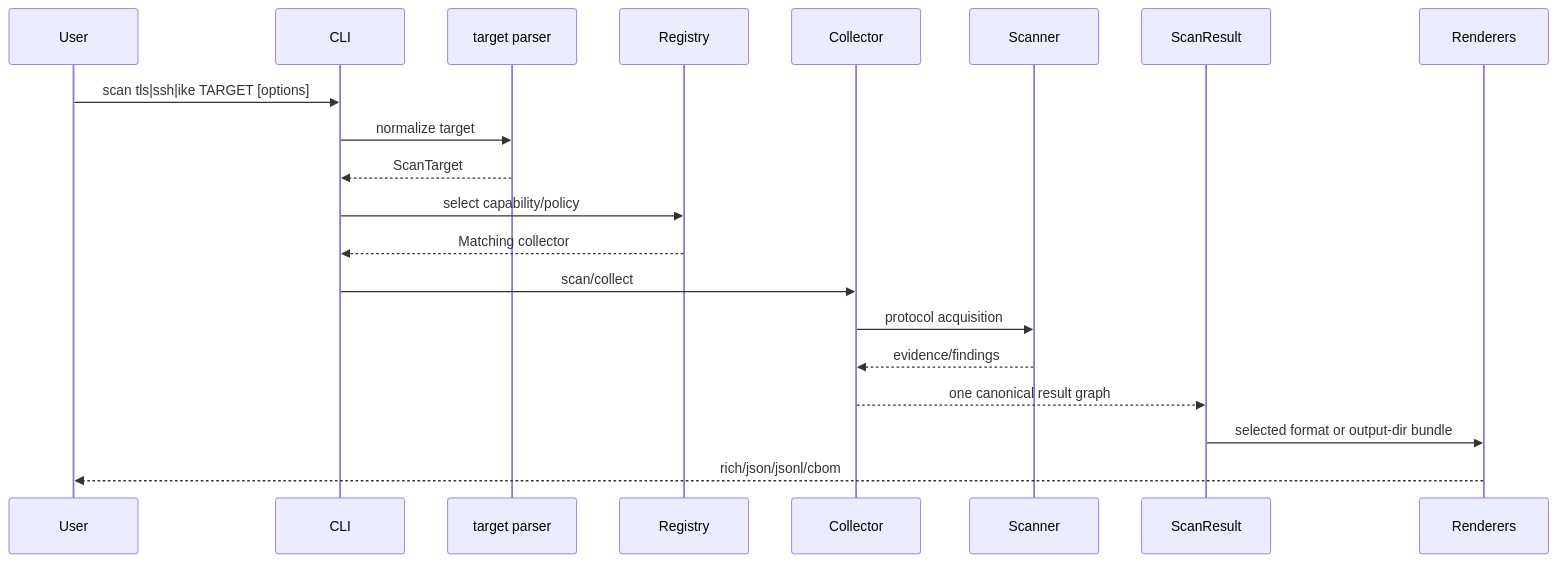
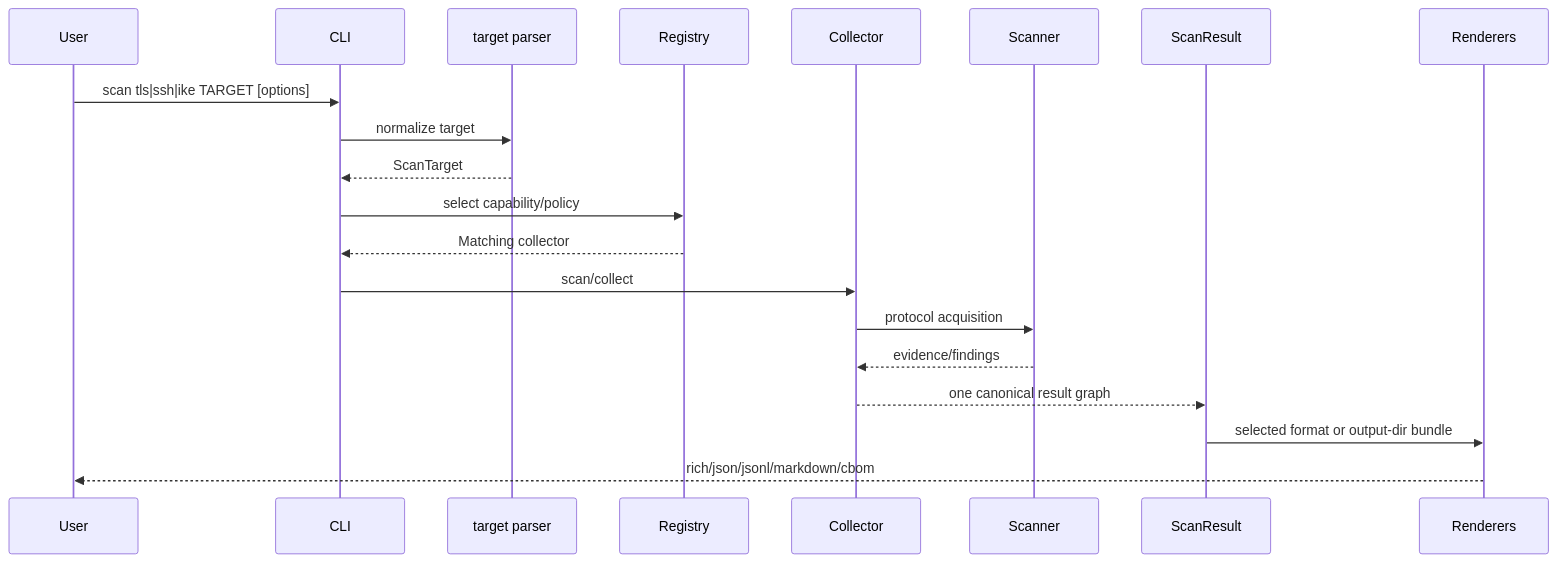
Before and after one commit to BreachSAFE/qureddy: the second of 5 diagrams in docs/contributors/application-deep-dive.md, drawn with Mermaid. The commit also changed other lines of this file and 26 other files, not shown here.

````diff
--- a/docs/contributors/application-deep-dive.md
+++ b/docs/contributors/application-deep-dive.md
@@ -134,23 +134,23 @@
 ```mermaid
 sequenceDiagram
     participant User
     participant CLI
     participant Parser as target parser
     participant Registry
     participant Collector
     participant Scanner
     participant Result as ScanResult
     participant Renderers
 
     User->>CLI: scan tls|ssh|ike TARGET [options]
     CLI->>Parser: normalize target
     Parser-->>CLI: ScanTarget
     CLI->>Registry: select capability/policy
     Registry-->>CLI: Matching collector
     CLI->>Collector: scan/collect
     Collector->>Scanner: protocol acquisition
     Scanner-->>Collector: evidence/findings
     Collector-->>Result: one canonical result graph
     Result->>Renderers: selected format or output-dir bundle
-    Renderers-->>User: rich/json/jsonl/cbom
+    Renderers-->>User: rich/json/jsonl/markdown/cbom
 ```
````
